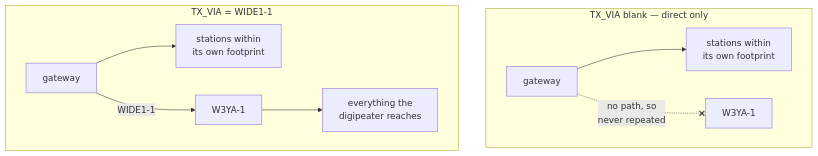
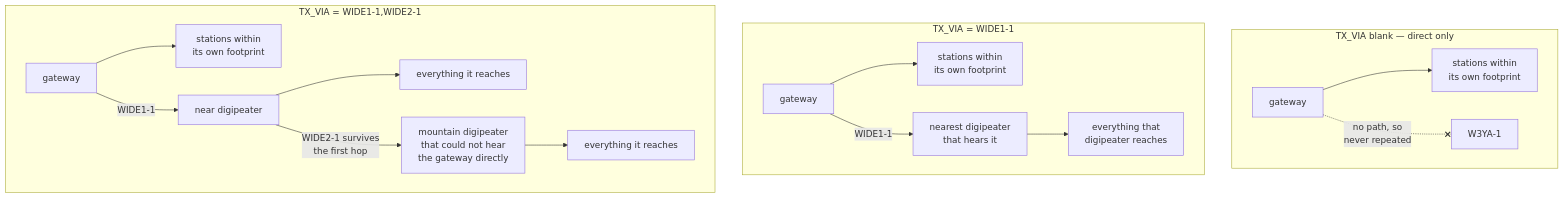
Before and after one commit to hatandspecs/aprs_igate_bidirectional_whitelist: the third of 3 diagrams in README.md, drawn with Mermaid. The commit also changed other lines of this file and 14 other files, not shown here.

````diff
--- a/README.md
+++ b/README.md
@@ -1628,12 +1680,19 @@
 ```mermaid
 flowchart TB
   subgraph blank["TX_VIA blank — direct only"]
     A1["gateway"] --> B1["stations within<br/>its own footprint"]
     A1 -. "no path, so<br/>never repeated" .-x C1["W3YA-1"]
   end
   subgraph wide["TX_VIA = WIDE1-1"]
     A2["gateway"] --> B2["stations within<br/>its own footprint"]
-    A2 -- "WIDE1-1" --> C2["W3YA-1"]
-    C2 --> D2["everything the<br/>digipeater reaches"]
+    A2 -- "WIDE1-1" --> C2["nearest digipeater<br/>that hears it"]
+    C2 --> D2["everything that<br/>digipeater reaches"]
+  end
+  subgraph two["TX_VIA = WIDE1-1,WIDE2-1"]
+    A3["gateway"] --> B3["stations within<br/>its own footprint"]
+    A3 -- "WIDE1-1" --> C3["near digipeater"]
+    C3 --> D3["everything it reaches"]
+    C3 -- "WIDE2-1 survives<br/>the first hop" --> E3["mountain digipeater<br/>that could not hear<br/>the gateway directly"]
+    E3 --> F3["everything it reaches"]
   end
 ```
````
